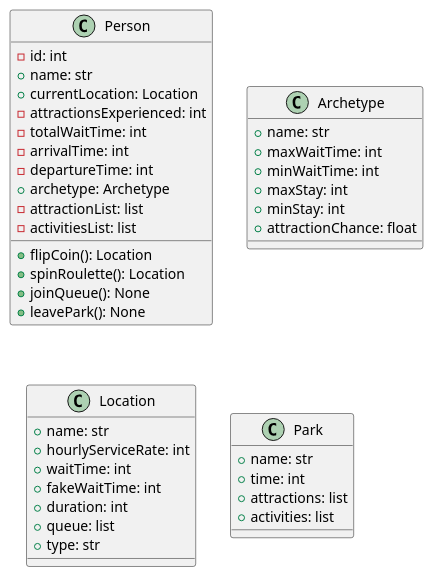
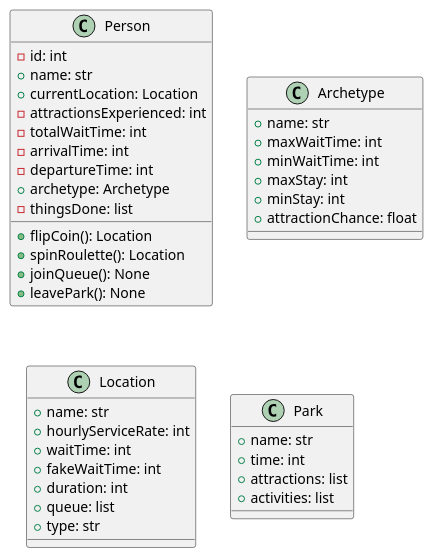
Before and after one commit to MrDahaniel/uisFiles: the diagram in 7mo Semestre/Simulación Digital/Proyecto Final/Desarrollo/Planning/Class Diagrams/Park.plantuml, drawn with PlantUML. The commit also changed 2 other files, not shown here.

```diff
--- a/7mo Semestre/Simulación Digital/Proyecto Final/Desarrollo/Planning/Class Diagrams/Park.plantuml
+++ b/7mo Semestre/Simulación Digital/Proyecto Final/Desarrollo/Planning/Class Diagrams/Park.plantuml
@@ -1,66 +1,65 @@
 @startuml
 
      ' skinparam style strictuml
      skinparam defaultTextAlignment center
 
      ' Class Declaration
      class Person {
           ' Variables
           -id: int
           +name: str
           +currentLocation: Location
           -attractionsExperienced: int
           -totalWaitTime: int
           -arrivalTime: int
           -departureTime: int
           +archetype: Archetype
-          -attractionList: list
-          -activitiesList: list
+          -thingsDone: list
 
           ' Methods
           +flipCoin(): Location
           +spinRoulette(): Location
           +joinQueue(): None
           +leavePark(): None
      }
 
      class Archetype {
           ' Variables
           +name: str
           +maxWaitTime: int
           +minWaitTime: int
           +maxStay: int
           +minStay: int
           +attractionChance: float
 
           ' Methods
 
      }
 
      class Location {
           ' Variables
           +name: str
           +hourlyServiceRate: int
           +waitTime: int
           +fakeWaitTime: int
           +duration: int
           +queue: list
           +type: str
 
           ' Methods
 
      }
 
      class Park {
           ' Variables
           +name: str
           +time: int
           +attractions: list
           +activities: list
 
           ' Methods
      }
 
      ' Relationships
 
 @enduml
```
